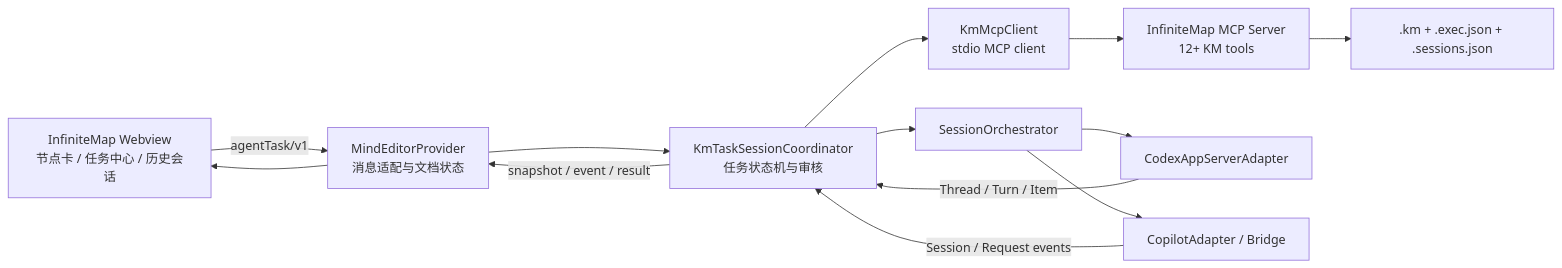
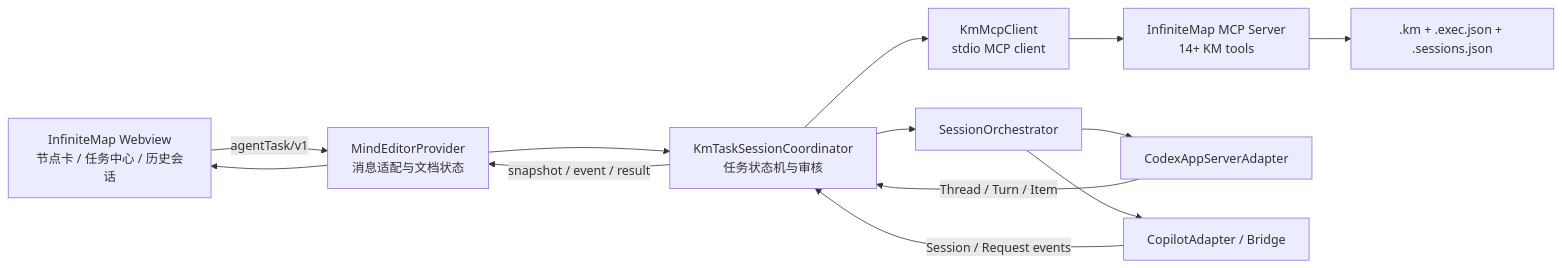
One commit to QunterShion/InfiniteMap changed the first of 5 diagrams in docs/editor-agent-session-task-execution-design.md. Above: the diagram before and after it, drawn with Mermaid. The commit also changed other lines of this file and 16 other files, not shown here.

Commit message:
1. MCP 工具由 12 个扩展至 14 个，新增 km_claim_collaboration_tasks、km_complete_collaboration_claim。 2. 支持协同任务批量认领、续租、释放、原子完成及目标子树哈希冲突检测。 3. 活动协同租约会阻止 legacy km_expand_collaboration 绕过写入。 4. 会话追溯元数据 data.infiniteMap 不会导致协同 claim 失效。

````diff
--- a/docs/editor-agent-session-task-execution-design.md
+++ b/docs/editor-agent-session-task-execution-design.md
@@ -104,25 +104,25 @@
 ```mermaid
 flowchart LR
     UI["InfiniteMap Webview<br/>节点卡 / 任务中心 / 历史会话"]
     MP["MindEditorProvider<br/>消息适配与文档状态"]
     CO["KmTaskSessionCoordinator<br/>任务状态机与审核"]
     MCP["KmMcpClient<br/>stdio MCP client"]
-    KMS["InfiniteMap MCP Server<br/>12+ KM tools"]
+    KMS["InfiniteMap MCP Server<br/>14+ KM tools"]
     SA["SessionOrchestrator"]
     CA["CodexAppServerAdapter"]
     PA["CopilotAdapter / Bridge"]
     KM[".km + .exec.json + .sessions.json"]
 
     UI -->|"agentTask/v1"| MP
     MP --> CO
     CO --> MCP
     MCP --> KMS
     KMS --> KM
     CO --> SA
     SA --> CA
     SA --> PA
     CA -->|"Thread / Turn / Item"| CO
     PA -->|"Session / Request events"| CO
     CO -->|"snapshot / event / result"| MP
     MP --> UI
 ```
````
